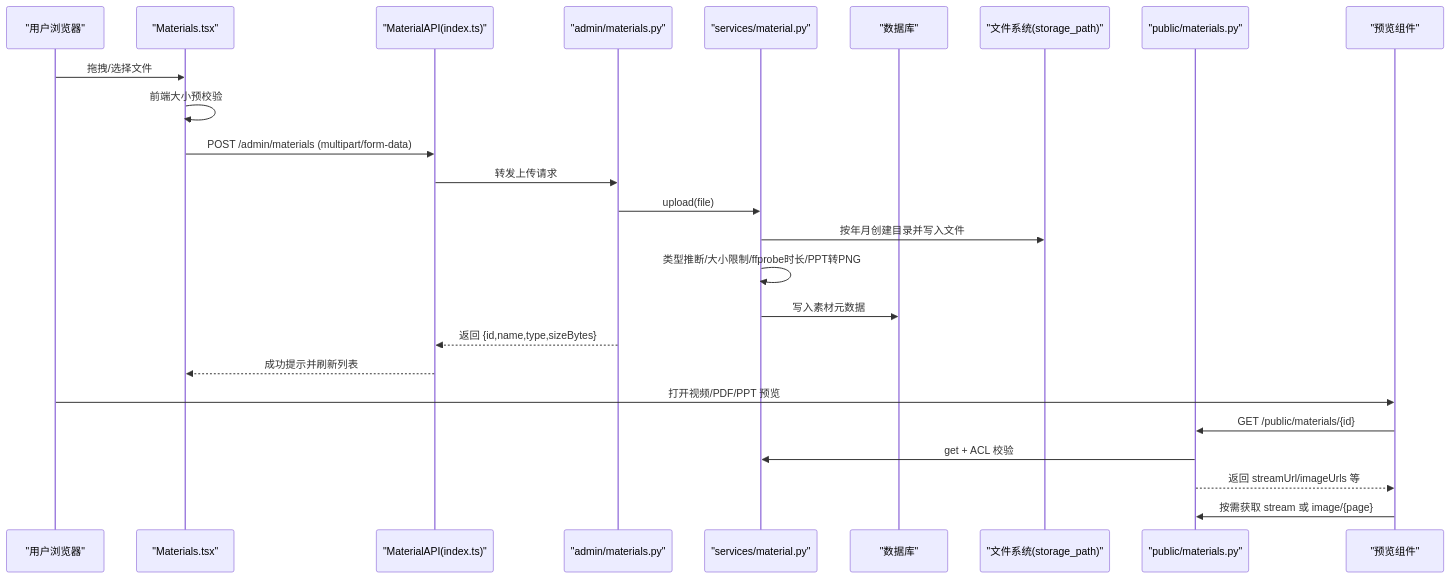
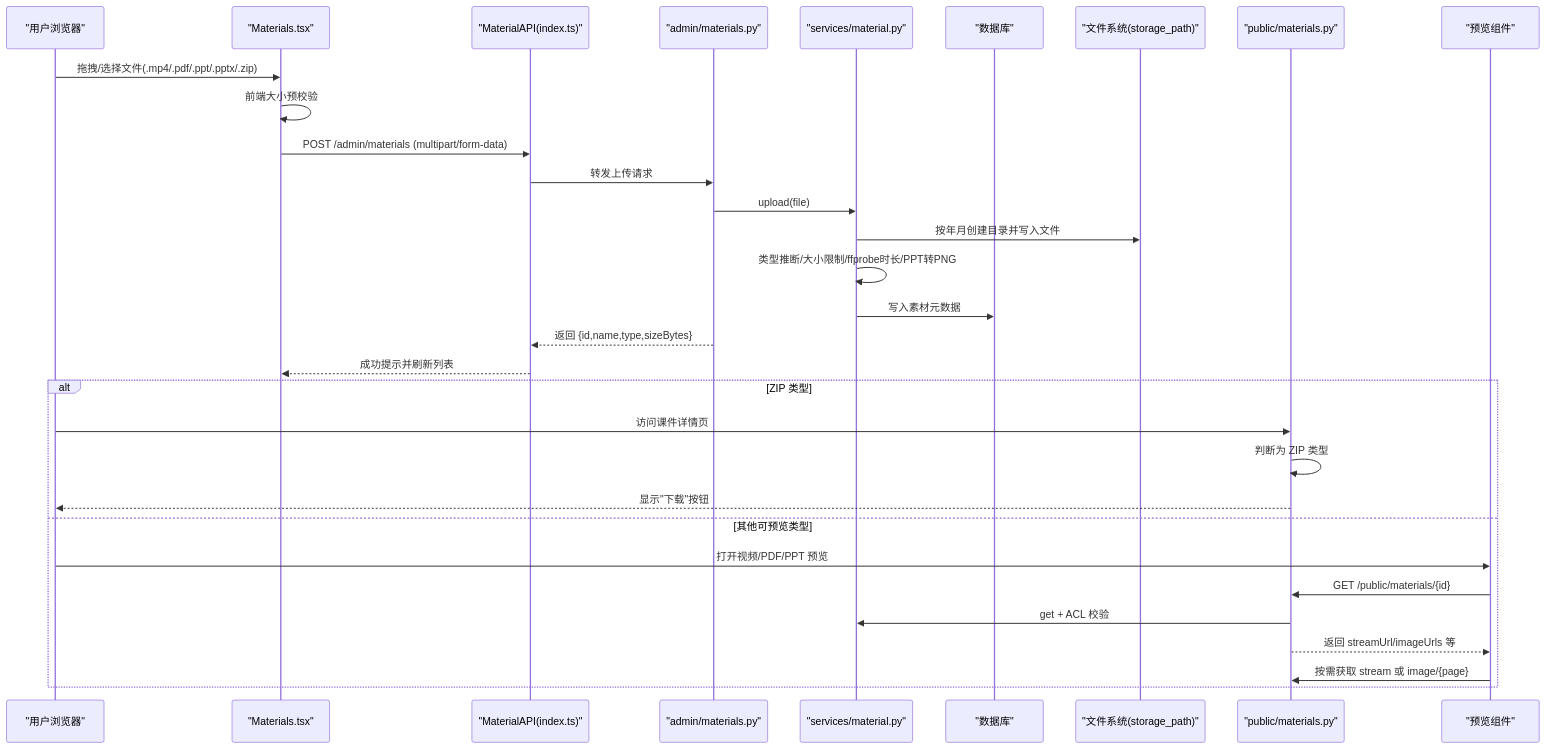
One commit to leo21cn/ai-learning-hub changed the second of 7 diagrams in .qoder/repowiki/zh/content/前端开发指南/页面开发/管理后台页面开发/素材管理页面.md. Above: the diagram before and after it, drawn with Mermaid. The commit also changed other lines of this file and 41 other files, not shown here.

````diff
--- a/.qoder/repowiki/zh/content/前端开发指南/页面开发/管理后台页面开发/素材管理页面.md
+++ b/.qoder/repowiki/zh/content/前端开发指南/页面开发/管理后台页面开发/素材管理页面.md
@@ -154,27 +178,33 @@
 ```mermaid
 sequenceDiagram
 participant U as "用户浏览器"
 participant FE as "Materials.tsx"
 participant API as "MaterialAPI(index.ts)"
 participant AM as "admin/materials.py"
 participant SVC as "services/material.py"
 participant DB as "数据库"
 participant FS as "文件系统(storage_path)"
 participant PUB as "public/materials.py"
 participant PRE as "预览组件"
-U->>FE : 拖拽/选择文件
+U->>FE : 拖拽/选择文件(.mp4/.pdf/.ppt/.pptx/.zip)
 FE->>FE : 前端大小预校验
 FE->>API : POST /admin/materials (multipart/form-data)
 API->>AM : 转发上传请求
 AM->>SVC : upload(file)
 SVC->>FS : 按年月创建目录并写入文件
 SVC->>SVC : 类型推断/大小限制/ffprobe时长/PPT转PNG
 SVC->>DB : 写入素材元数据
 AM-->>API : 返回 {id,name,type,sizeBytes}
 API-->>FE : 成功提示并刷新列表
+alt ZIP 类型
+U->>PUB : 访问课件详情页
+PUB->>PUB : 判断为 ZIP 类型
+PUB-->>U : 显示"下载"按钮
+else 其他可预览类型
 U->>PRE : 打开视频/PDF/PPT 预览
 PRE->>PUB : GET /public/materials/{id}
 PUB->>SVC : get + ACL 校验
 PUB-->>PRE : 返回 streamUrl/imageUrls 等
 PRE->>PUB : 按需获取 stream 或 image/{page}
+end
 ```
````
